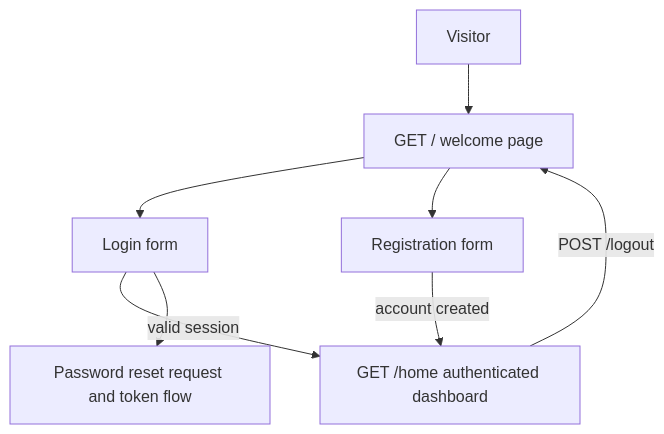
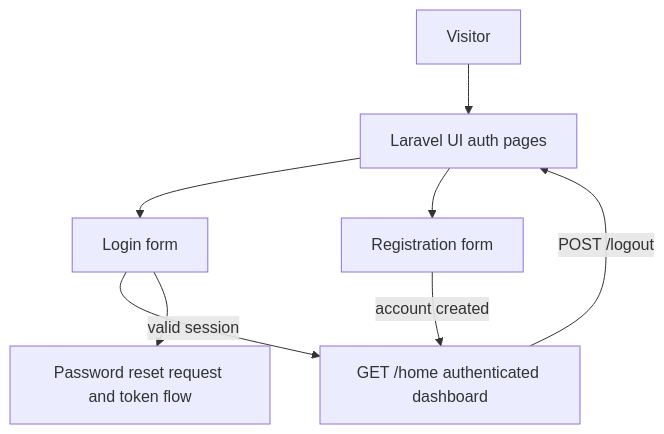
Before and after one commit to artgolwebdev/lara-multi-vendors-shop: the second of 2 diagrams in docs/product/user-flows.md, drawn with Mermaid. The commit also changed other lines of this file and 35 other files, not shown here.

````diff
--- a/docs/product/user-flows.md
+++ b/docs/product/user-flows.md
@@ -5,10 +21,10 @@
 ```mermaid
 flowchart TD
-    Visitor[Visitor] --> Welcome[GET / welcome page]
+    Visitor[Visitor] --> Welcome[Laravel UI auth pages]
     Welcome --> Login[Login form]
     Welcome --> Register[Registration form]
     Login -->|valid session| Home[GET /home authenticated dashboard]
     Register -->|account created| Home
     Home -->|POST /logout| Welcome
     Login --> Reset[Password reset request and token flow]
 ```
````
